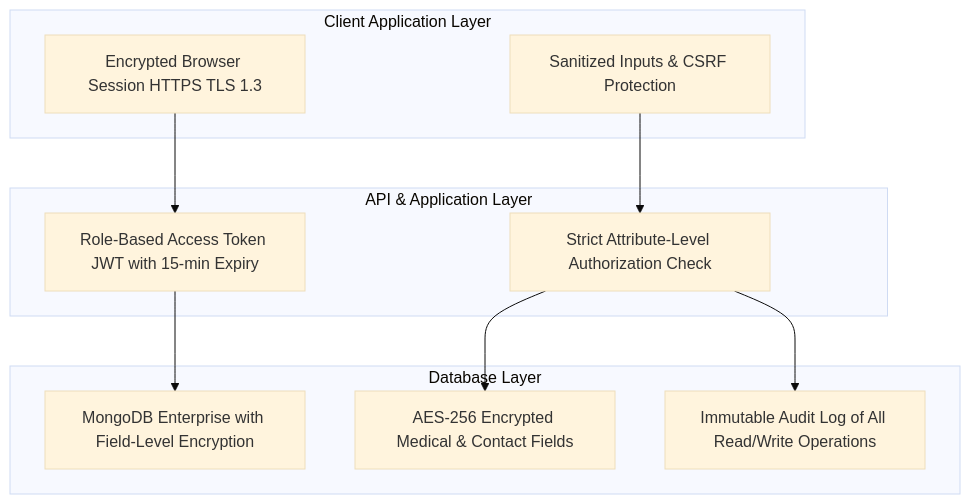
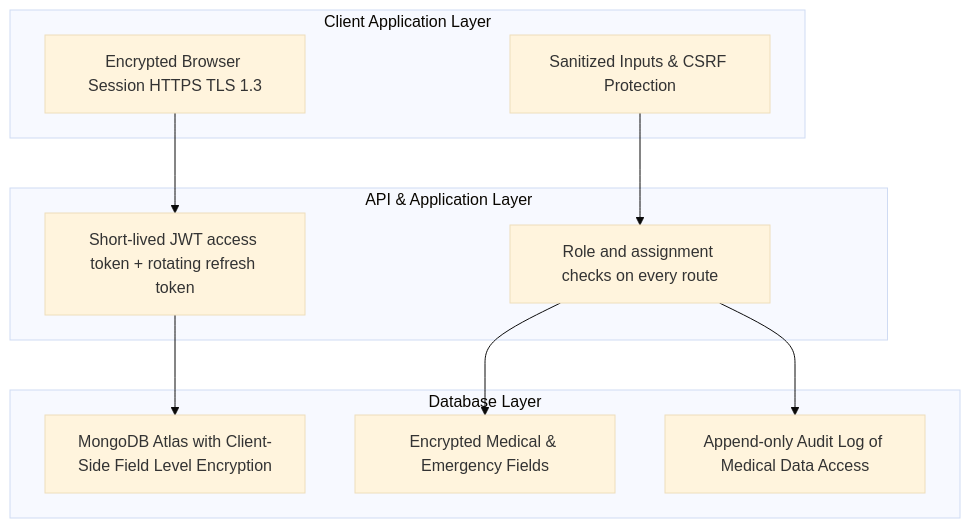
Before and after one commit to sohailamir06/STEMOTICS-Website-CMS: the first of 2 diagrams in STEMOTICS_R&D_Documentation/DOC/Phase-08-SEO-Security-Backups.md, drawn with Mermaid (base theme). The commit also changed other lines of this file and 12 other files, not shown here.

````diff
--- a/STEMOTICS_R&D_Documentation/DOC/Phase-08-SEO-Security-Backups.md
+++ b/STEMOTICS_R&D_Documentation/DOC/Phase-08-SEO-Security-Backups.md
@@ -15,22 +17,22 @@
 ```mermaid
 graph TD
     subgraph Client Application Layer
         A[Encrypted Browser Session HTTPS TLS 1.3]
         B[Sanitized Inputs & CSRF Protection]
     end
 
     subgraph API & Application Layer
-        C[Role-Based Access Token JWT with 15-min Expiry]
-        D[Strict Attribute-Level Authorization Check]
+        C[Short-lived JWT access token + rotating refresh token]
+        D[Role and assignment checks on every route]
     end
 
     subgraph Database Layer
-        E[MongoDB Enterprise with Field-Level Encryption]
-        F[AES-256 Encrypted Medical & Contact Fields]
-        G[Immutable Audit Log of All Read/Write Operations]
+        E[MongoDB Atlas with Client-Side Field Level Encryption]
+        F[Encrypted Medical & Emergency Fields]
+        G[Append-only Audit Log of Medical Data Access]
     end
 
     A --> C --> E
     B --> D --> F
     D --> G
 ```
````
